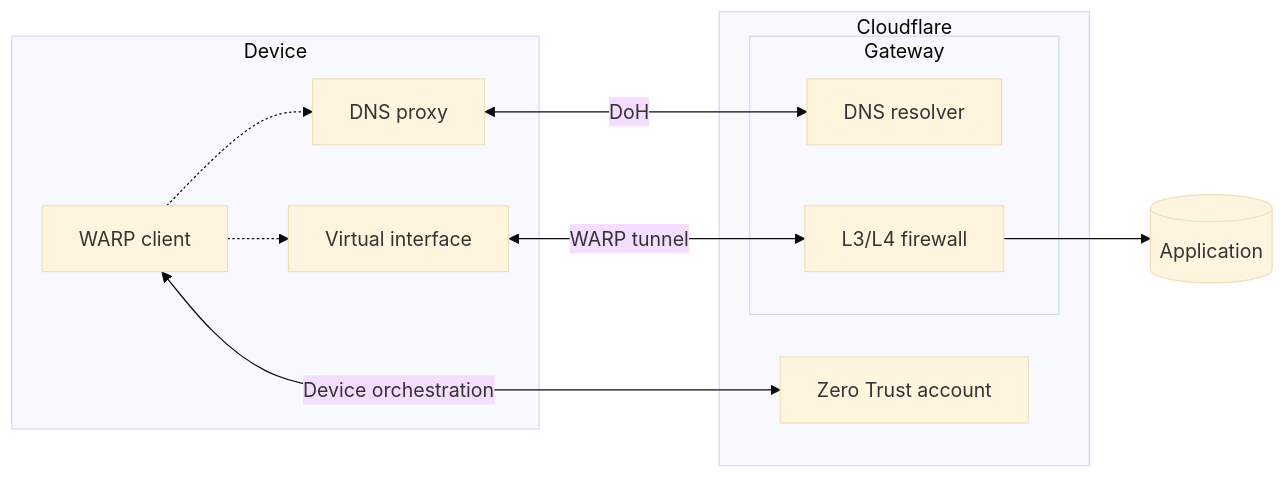
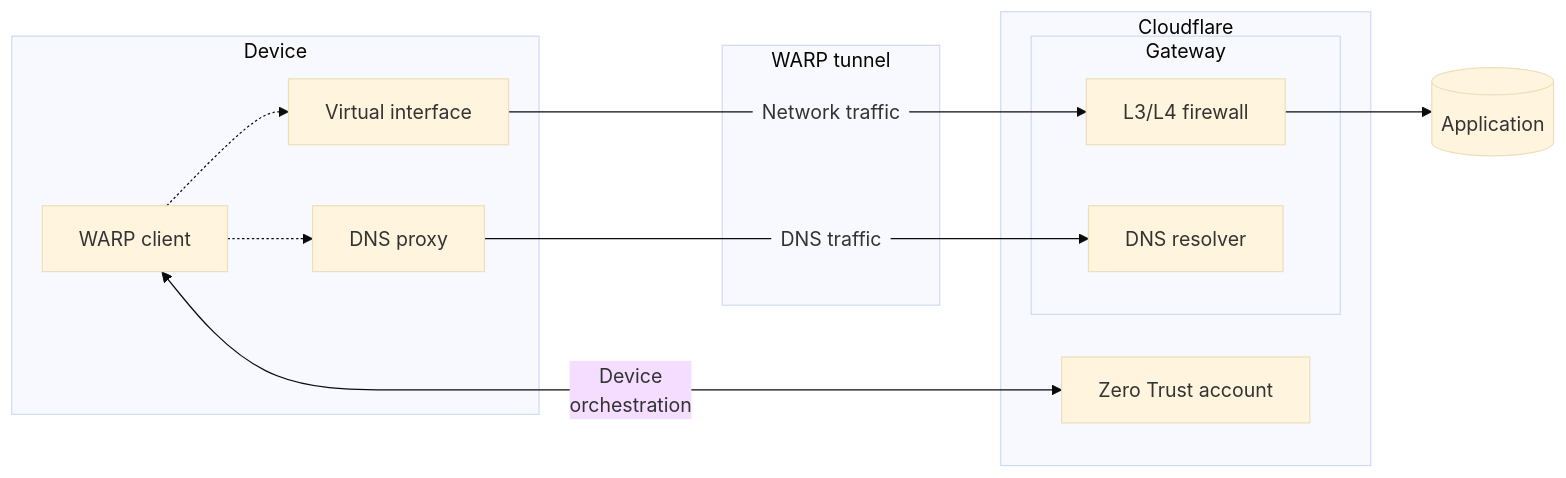
Before and after one commit to rdhanarot/cloudflare-docs: the first of 3 diagrams in src/content/docs/cloudflare-one/connections/connect-devices/warp/configure-warp/route-traffic/warp-architecture.mdx, drawn with Mermaid (base theme). The commit also changed other lines of this file and 3 other files, not shown here.

First line of the commit message:
[ZT] DNS in WARP tunnel (#22030)

````diff
--- a/src/content/docs/cloudflare-one/connections/connect-devices/warp/configure-warp/route-traffic/warp-architecture.mdx
+++ b/src/content/docs/cloudflare-one/connections/connect-devices/warp/configure-warp/route-traffic/warp-architecture.mdx
@@ -25,19 +27,24 @@
 ```mermaid
 flowchart LR
 subgraph Device
 W[WARP client] -.-> D
 D[DNS proxy]
 W -.-> V[Virtual interface]
 end
 subgraph Cloudflare
 A[Zero Trust account]
 subgraph Gateway
+N[L3/L4 firewall]
 G[DNS resolver]
-N[L3/L4 firewall]
 end
 end
-W<--Device orchestration-->A
-D<--DoH-->G
-V<--WARP tunnel-->N
+W<--"Device
+orchestration"-->A
+subgraph tunnel["WARP tunnel"]
+ ip@{ shape: text, label: "Network traffic" }
+  dns@{ shape: text, label: "DNS traffic" }
+end
+V --- ip-->N
+D --- dns-->G
 N --> O[(Application)]
 ```
````
